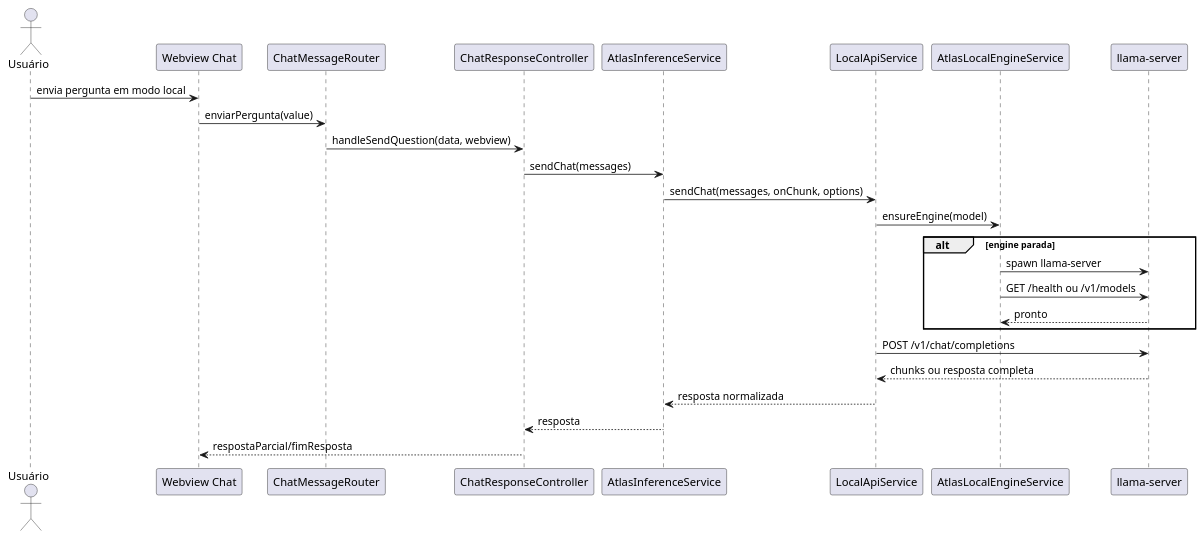
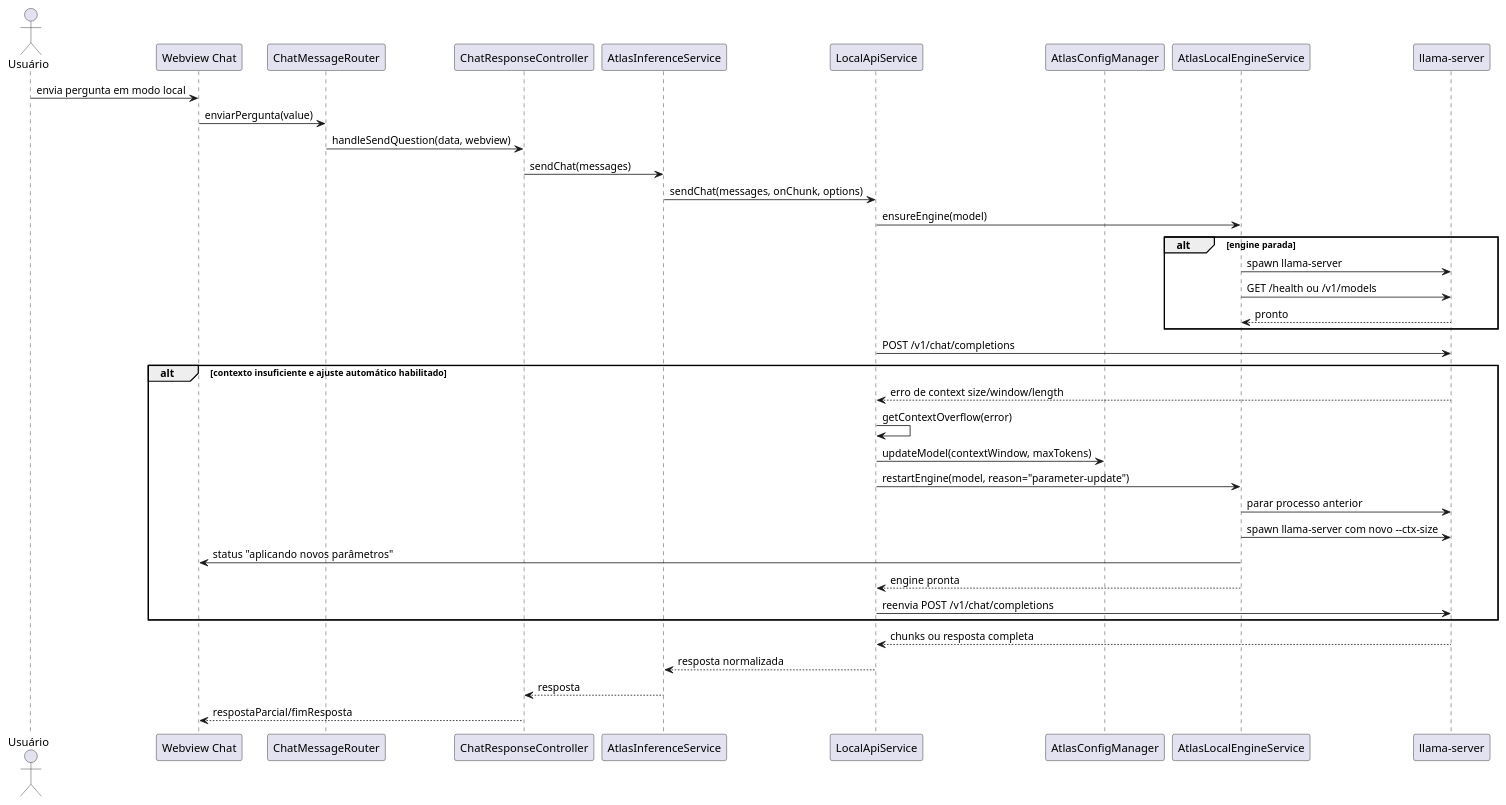
Before and after one commit to JVictorVI/ATLAS: diagram 28 of 40 in docs/plantuml-diagramas-por-caso-de-uso-atlas.md, drawn with PlantUML. The commit also changed other lines of this file and 16 other files, not shown here.

````diff
--- a/docs/plantuml-diagramas-por-caso-de-uso-atlas.md
+++ b/docs/plantuml-diagramas-por-caso-de-uso-atlas.md
@@ -969,30 +977,42 @@
 ```plantuml
 @startuml
 skinparam shadowing false
 actor Usuário
 participant "Webview Chat" as Webview
 participant ChatMessageRouter as Router
 participant ChatResponseController as Response
 participant AtlasInferenceService as Inference
 participant LocalApiService as LocalApi
+participant AtlasConfigManager as Config
 participant AtlasLocalEngineService as Engine
 participant "llama-server" as Llama
 
 Usuário -> Webview : envia pergunta em modo local
 Webview -> Router : enviarPergunta(value)
 Router -> Response : handleSendQuestion(data, webview)
 Response -> Inference : sendChat(messages)
 Inference -> LocalApi : sendChat(messages, onChunk, options)
 LocalApi -> Engine : ensureEngine(model)
 alt engine parada
   Engine -> Llama : spawn llama-server
   Engine -> Llama : GET /health ou /v1/models
   Llama --> Engine : pronto
 end
 LocalApi -> Llama : POST /v1/chat/completions
+alt contexto insuficiente e ajuste automático habilitado
+  Llama --> LocalApi : erro de context size/window/length
+  LocalApi -> LocalApi : getContextOverflow(error)
+  LocalApi -> Config : updateModel(contextWindow, maxTokens)
+  LocalApi -> Engine : restartEngine(model, reason="parameter-update")
+  Engine -> Llama : parar processo anterior
+  Engine -> Llama : spawn llama-server com novo --ctx-size
+  Engine -> Webview : status "aplicando novos parâmetros"
+  Engine --> LocalApi : engine pronta
+  LocalApi -> Llama : reenvia POST /v1/chat/completions
+end
 Llama --> LocalApi : chunks ou resposta completa
 LocalApi --> Inference : resposta normalizada
 Inference --> Response : resposta
 Response --> Webview : respostaParcial/fimResposta
 @enduml
 ```
````
